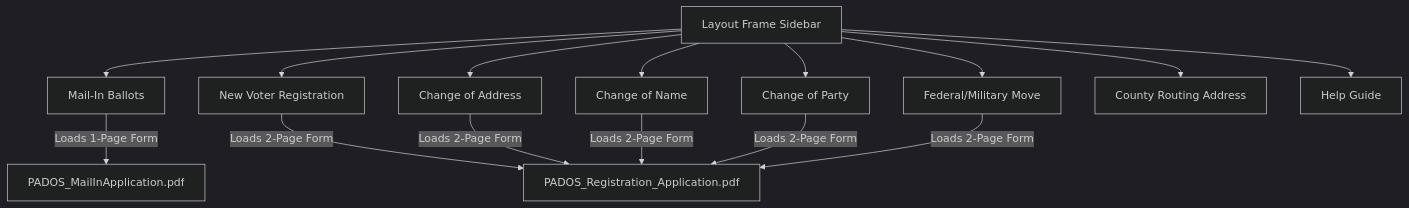
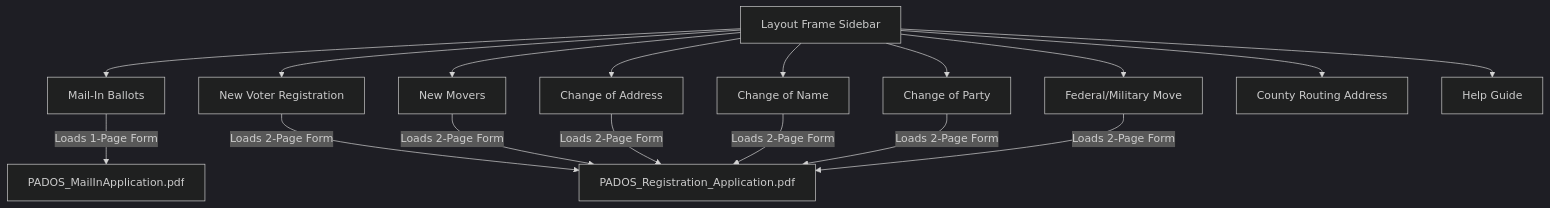
The diagram in STRATEGY.md (alphadan/mib-pdf-maker), drawn with Mermaid (dark theme) before and after one commit. The commit also changed other lines of this file and 10 other files, not shown here.

````diff
--- a/STRATEGY.md
+++ b/STRATEGY.md
@@ -49,14 +53,15 @@
 ```mermaid
 graph TD
     A[Layout Frame Sidebar] --> B[Mail-In Ballots]
     A --> C[New Voter Registration]
-    A --> D[Change of Address]
-    A --> E[Change of Name]
-    A --> F[Change of Party]
-    A --> G[Federal/Military Move]
-    A --> H[County Routing Address]
-    A --> I[Help Guide]
+    A --> D[New Movers]
+    A --> E[Change of Address]
+    A --> F[Change of Name]
+    A --> G[Change of Party]
+    A --> H[Federal/Military Move]
+    A --> I[County Routing Address]
+    A --> J[Help Guide]
 
-    B -->|Loads 1-Page Form| J[PADOS_MailInApplication.pdf]
-    C & D & E & F & G -->|Loads 2-Page Form| K[PADOS_Registration_Application.pdf]
+    B -->|Loads 1-Page Form| K[PADOS_MailInApplication.pdf]
+    C & D & E & F & G & H -->|Loads 2-Page Form| L[PADOS_Registration_Application.pdf]
 ```
````
